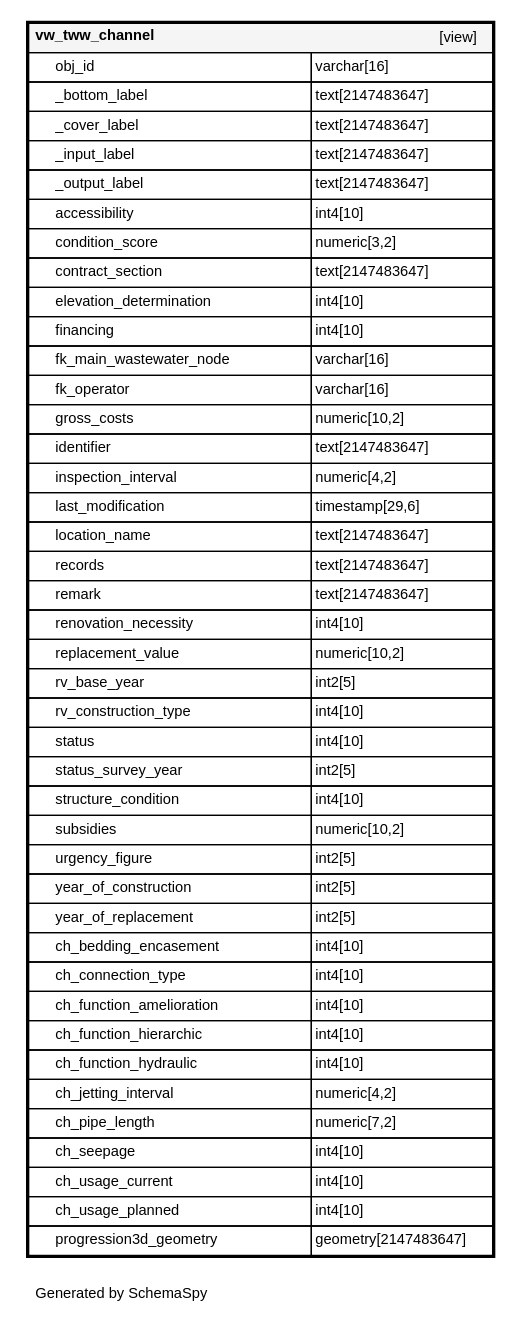
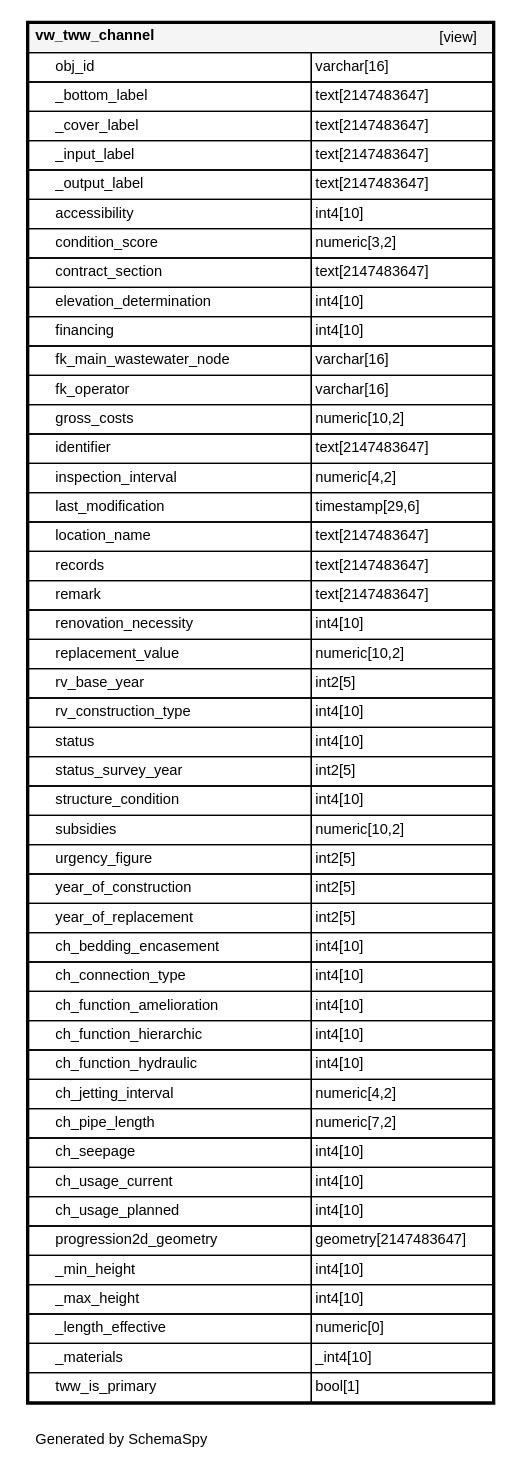
Before and after one commit to teksi/wastewater: the diagram in _static/datamodel/tww_app/diagrams/tables/vw_tww_channel.1degree.dot, drawn with Graphviz. The commit also changed 189 other files, not shown here.

```diff
--- a/_static/datamodel/tww_app/diagrams/tables/vw_tww_channel.1degree.dot
+++ b/_static/datamodel/tww_app/diagrams/tables/vw_tww_channel.1degree.dot
@@ -44,7 +44,12 @@
       <TR><TD PORT="ch_seepage" COLSPAN="2" ALIGN="LEFT"><TABLE BORDER="0" CELLSPACING="0" ALIGN="LEFT"><TR ALIGN="LEFT"><TD ALIGN="LEFT" FIXEDSIZE="TRUE" WIDTH="15" HEIGHT="16"></TD><TD ALIGN="LEFT" FIXEDSIZE="TRUE" WIDTH="191" HEIGHT="16">ch_seepage</TD></TR></TABLE></TD><TD PORT="ch_seepage.type" ALIGN="LEFT">int4[10]</TD></TR>
       <TR><TD PORT="ch_usage_current" COLSPAN="2" ALIGN="LEFT"><TABLE BORDER="0" CELLSPACING="0" ALIGN="LEFT"><TR ALIGN="LEFT"><TD ALIGN="LEFT" FIXEDSIZE="TRUE" WIDTH="15" HEIGHT="16"></TD><TD ALIGN="LEFT" FIXEDSIZE="TRUE" WIDTH="191" HEIGHT="16">ch_usage_current</TD></TR></TABLE></TD><TD PORT="ch_usage_current.type" ALIGN="LEFT">int4[10]</TD></TR>
       <TR><TD PORT="ch_usage_planned" COLSPAN="2" ALIGN="LEFT"><TABLE BORDER="0" CELLSPACING="0" ALIGN="LEFT"><TR ALIGN="LEFT"><TD ALIGN="LEFT" FIXEDSIZE="TRUE" WIDTH="15" HEIGHT="16"></TD><TD ALIGN="LEFT" FIXEDSIZE="TRUE" WIDTH="191" HEIGHT="16">ch_usage_planned</TD></TR></TABLE></TD><TD PORT="ch_usage_planned.type" ALIGN="LEFT">int4[10]</TD></TR>
-      <TR><TD PORT="progression3d_geometry" COLSPAN="2" ALIGN="LEFT"><TABLE BORDER="0" CELLSPACING="0" ALIGN="LEFT"><TR ALIGN="LEFT"><TD ALIGN="LEFT" FIXEDSIZE="TRUE" WIDTH="15" HEIGHT="16"></TD><TD ALIGN="LEFT" FIXEDSIZE="TRUE" WIDTH="191" HEIGHT="16">progression3d_geometry</TD></TR></TABLE></TD><TD PORT="progression3d_geometry.type" ALIGN="LEFT">geometry[2147483647]</TD></TR>
+      <TR><TD PORT="progression2d_geometry" COLSPAN="2" ALIGN="LEFT"><TABLE BORDER="0" CELLSPACING="0" ALIGN="LEFT"><TR ALIGN="LEFT"><TD ALIGN="LEFT" FIXEDSIZE="TRUE" WIDTH="15" HEIGHT="16"></TD><TD ALIGN="LEFT" FIXEDSIZE="TRUE" WIDTH="191" HEIGHT="16">progression2d_geometry</TD></TR></TABLE></TD><TD PORT="progression2d_geometry.type" ALIGN="LEFT">geometry[2147483647]</TD></TR>
+      <TR><TD PORT="_min_height" COLSPAN="2" ALIGN="LEFT"><TABLE BORDER="0" CELLSPACING="0" ALIGN="LEFT"><TR ALIGN="LEFT"><TD ALIGN="LEFT" FIXEDSIZE="TRUE" WIDTH="15" HEIGHT="16"></TD><TD ALIGN="LEFT" FIXEDSIZE="TRUE" WIDTH="191" HEIGHT="16">_min_height</TD></TR></TABLE></TD><TD PORT="_min_height.type" ALIGN="LEFT">int4[10]</TD></TR>
+      <TR><TD PORT="_max_height" COLSPAN="2" ALIGN="LEFT"><TABLE BORDER="0" CELLSPACING="0" ALIGN="LEFT"><TR ALIGN="LEFT"><TD ALIGN="LEFT" FIXEDSIZE="TRUE" WIDTH="15" HEIGHT="16"></TD><TD ALIGN="LEFT" FIXEDSIZE="TRUE" WIDTH="191" HEIGHT="16">_max_height</TD></TR></TABLE></TD><TD PORT="_max_height.type" ALIGN="LEFT">int4[10]</TD></TR>
+      <TR><TD PORT="_length_effective" COLSPAN="2" ALIGN="LEFT"><TABLE BORDER="0" CELLSPACING="0" ALIGN="LEFT"><TR ALIGN="LEFT"><TD ALIGN="LEFT" FIXEDSIZE="TRUE" WIDTH="15" HEIGHT="16"></TD><TD ALIGN="LEFT" FIXEDSIZE="TRUE" WIDTH="191" HEIGHT="16">_length_effective</TD></TR></TABLE></TD><TD PORT="_length_effective.type" ALIGN="LEFT">numeric[0]</TD></TR>
+      <TR><TD PORT="_materials" COLSPAN="2" ALIGN="LEFT"><TABLE BORDER="0" CELLSPACING="0" ALIGN="LEFT"><TR ALIGN="LEFT"><TD ALIGN="LEFT" FIXEDSIZE="TRUE" WIDTH="15" HEIGHT="16"></TD><TD ALIGN="LEFT" FIXEDSIZE="TRUE" WIDTH="191" HEIGHT="16">_materials</TD></TR></TABLE></TD><TD PORT="_materials.type" ALIGN="LEFT">_int4[10]</TD></TR>
+      <TR><TD PORT="tww_is_primary" COLSPAN="2" ALIGN="LEFT"><TABLE BORDER="0" CELLSPACING="0" ALIGN="LEFT"><TR ALIGN="LEFT"><TD ALIGN="LEFT" FIXEDSIZE="TRUE" WIDTH="15" HEIGHT="16"></TD><TD ALIGN="LEFT" FIXEDSIZE="TRUE" WIDTH="191" HEIGHT="16">tww_is_primary</TD></TR></TABLE></TD><TD PORT="tww_is_primary.type" ALIGN="LEFT">bool[1]</TD></TR>
     </TABLE>>
     URL="../../tables/vw_tww_channel.html"
     target="_top"
```
